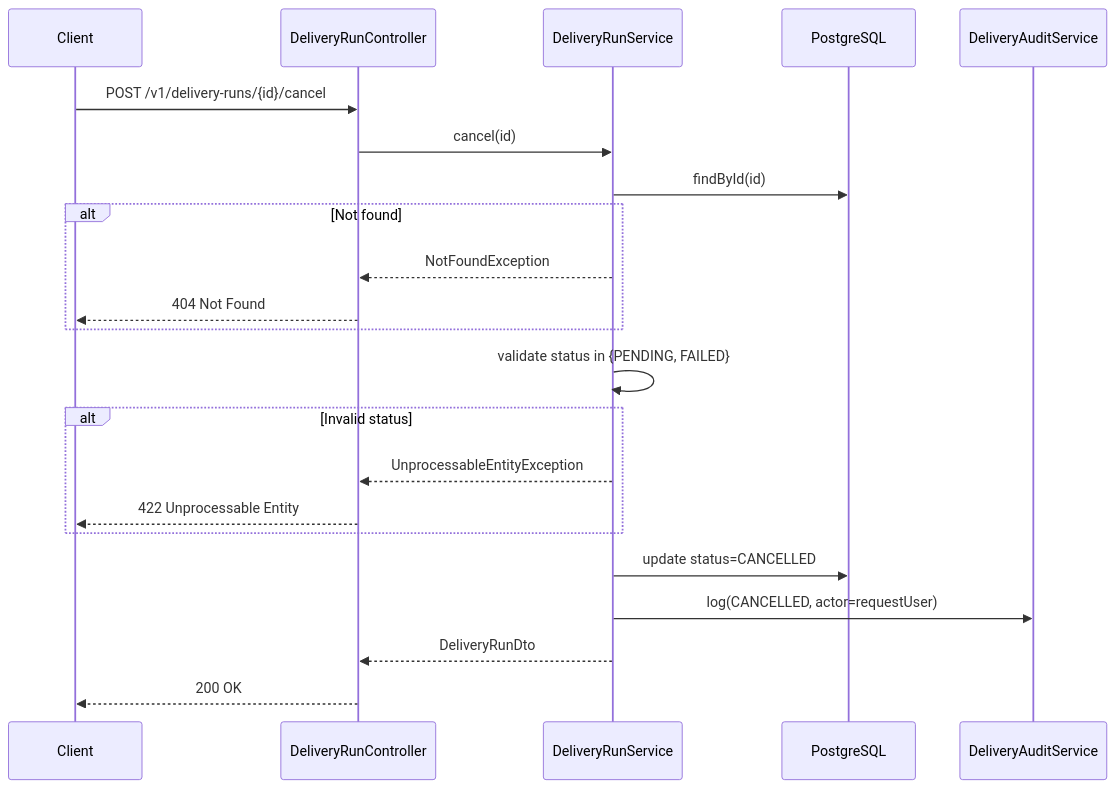
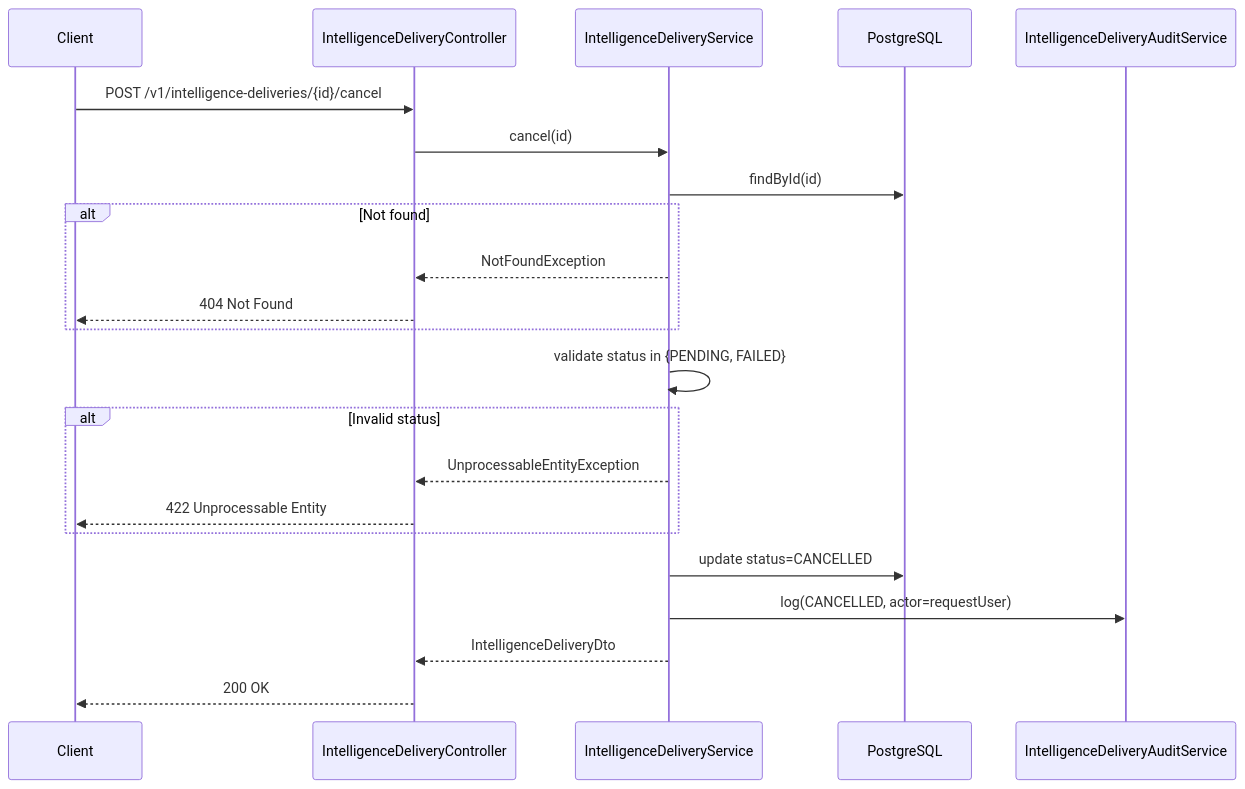
Diagram 12 of 13 in docs/flow-diagrams.md (Jayaprakash8887/cce-intelligence-service), drawn with Mermaid before and after one commit. The commit also changed other lines of this file and 6 other files, not shown here.

First line of the commit message:
refactor: rename delivery_run and related entities to intelligence_delivery

````diff
--- a/docs/flow-diagrams.md
+++ b/docs/flow-diagrams.md
@@ -388,27 +388,27 @@
 ```mermaid
 sequenceDiagram
     participant Client
-    participant Controller as DeliveryRunController
-    participant Service as DeliveryRunService
+    participant Controller as IntelligenceDeliveryController
+    participant Service as IntelligenceDeliveryService
     participant DB as PostgreSQL
-    participant Audit as DeliveryAuditService
+    participant Audit as IntelligenceDeliveryAuditService
 
-    Client->>Controller: POST /v1/delivery-runs/{id}/cancel
+    Client->>Controller: POST /v1/intelligence-deliveries/{id}/cancel
     Controller->>Service: cancel(id)
     Service->>DB: findById(id)
     alt Not found
         Service-->>Controller: NotFoundException
         Controller-->>Client: 404 Not Found
     end
 
     Service->>Service: validate status in {PENDING, FAILED}
     alt Invalid status
         Service-->>Controller: UnprocessableEntityException
         Controller-->>Client: 422 Unprocessable Entity
     end
 
     Service->>DB: update status=CANCELLED
     Service->>Audit: log(CANCELLED, actor=requestUser)
-    Service-->>Controller: DeliveryRunDto
+    Service-->>Controller: IntelligenceDeliveryDto
     Controller-->>Client: 200 OK
 ```
````
